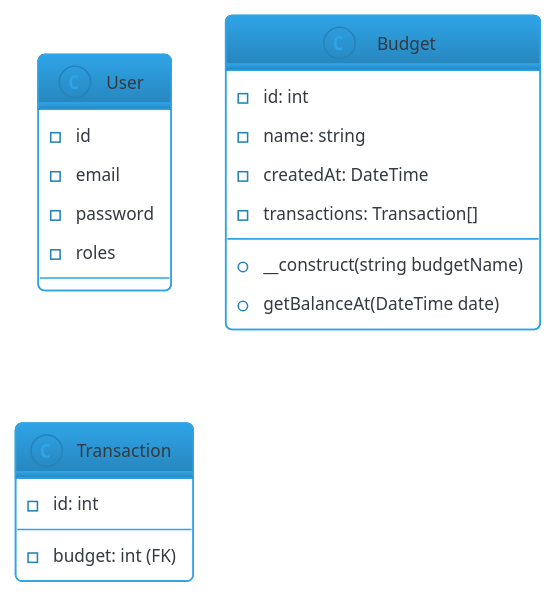
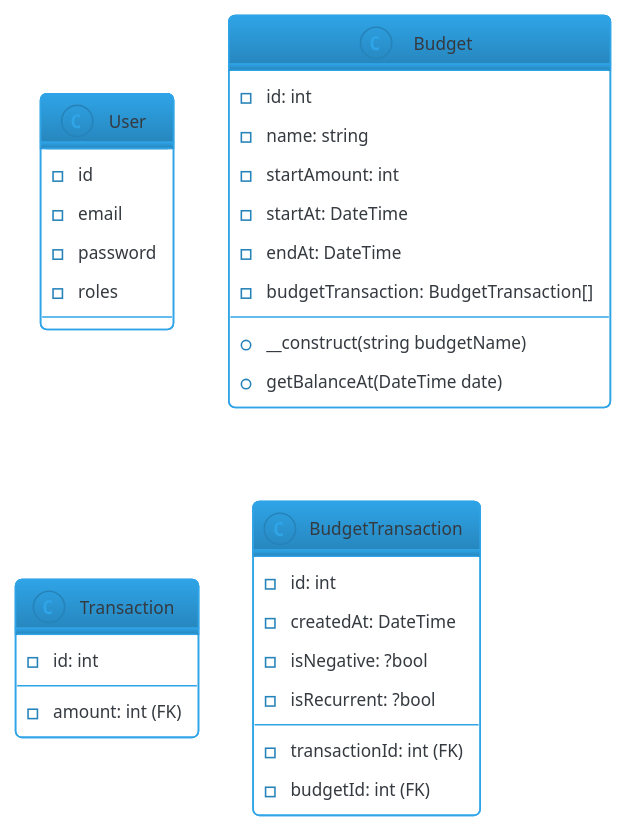
Before and after one commit to hello-devs/budget-manager-api: the diagram in docs/classes/general-classes-diagram.puml, drawn with PlantUML. The commit also changed 1 other file, not shown here.

```diff
--- a/docs/classes/general-classes-diagram.puml
+++ b/docs/classes/general-classes-diagram.puml
@@ -1,32 +1,44 @@
 @startuml
 'https://plantuml.com/class-diagram
 !theme cerulean-outline
 skinparam backgroundColor white
 '----------------------------------------------
 
 class User{
         -id
         -email
         -password
         -roles
 }
 
 class Budget {
 
     - id: int
     - name: string
-    - createdAt: DateTime
-    - transactions: Transaction[]
+    - startAmount: int
+    - startAt: DateTime
+    - endAt: DateTime
+    - budgetTransaction: BudgetTransaction[]
 
     + __construct(string budgetName)
     + getBalanceAt(DateTime date)
 
 }
 
 class Transaction {
 
     - id: int
-    - budget: int (FK)
+    - amount: int (FK)
+}
+
+class BudgetTransaction {
+
+    - id: int
+    - createdAt: DateTime
+    - isNegative: ?bool
+    - isRecurrent: ?bool
+    - transactionId: int (FK)
+    - budgetId: int (FK)
 }
 
 @enduml
```
